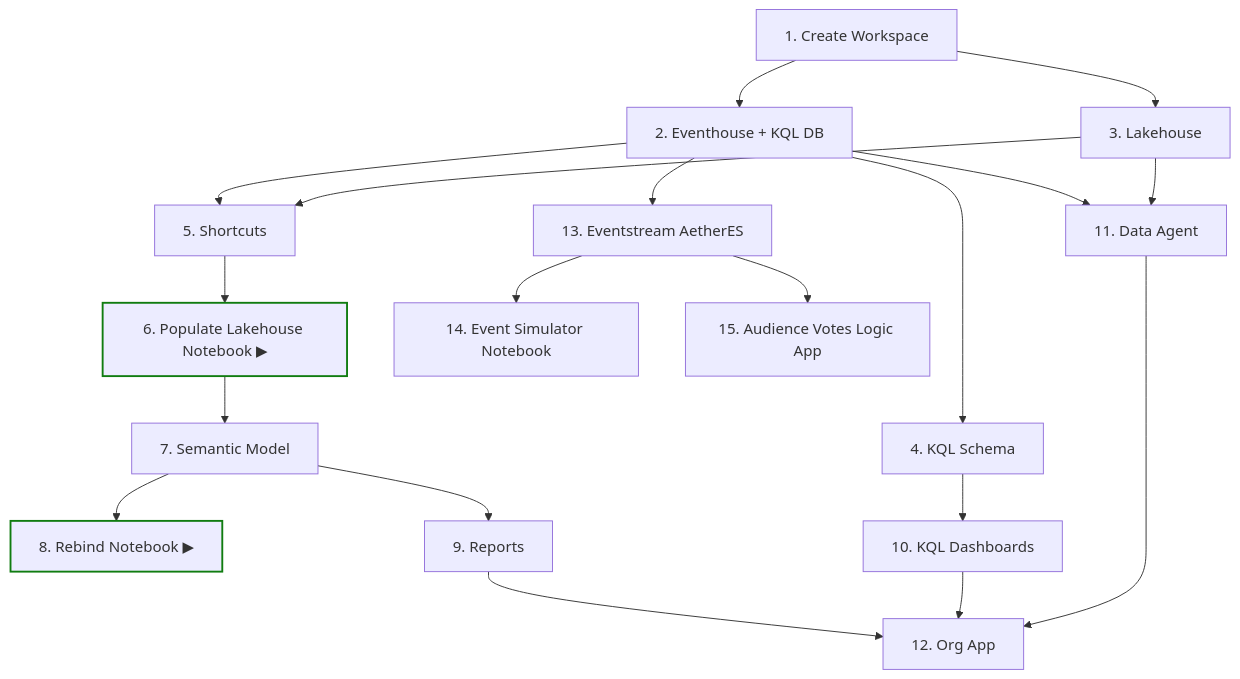
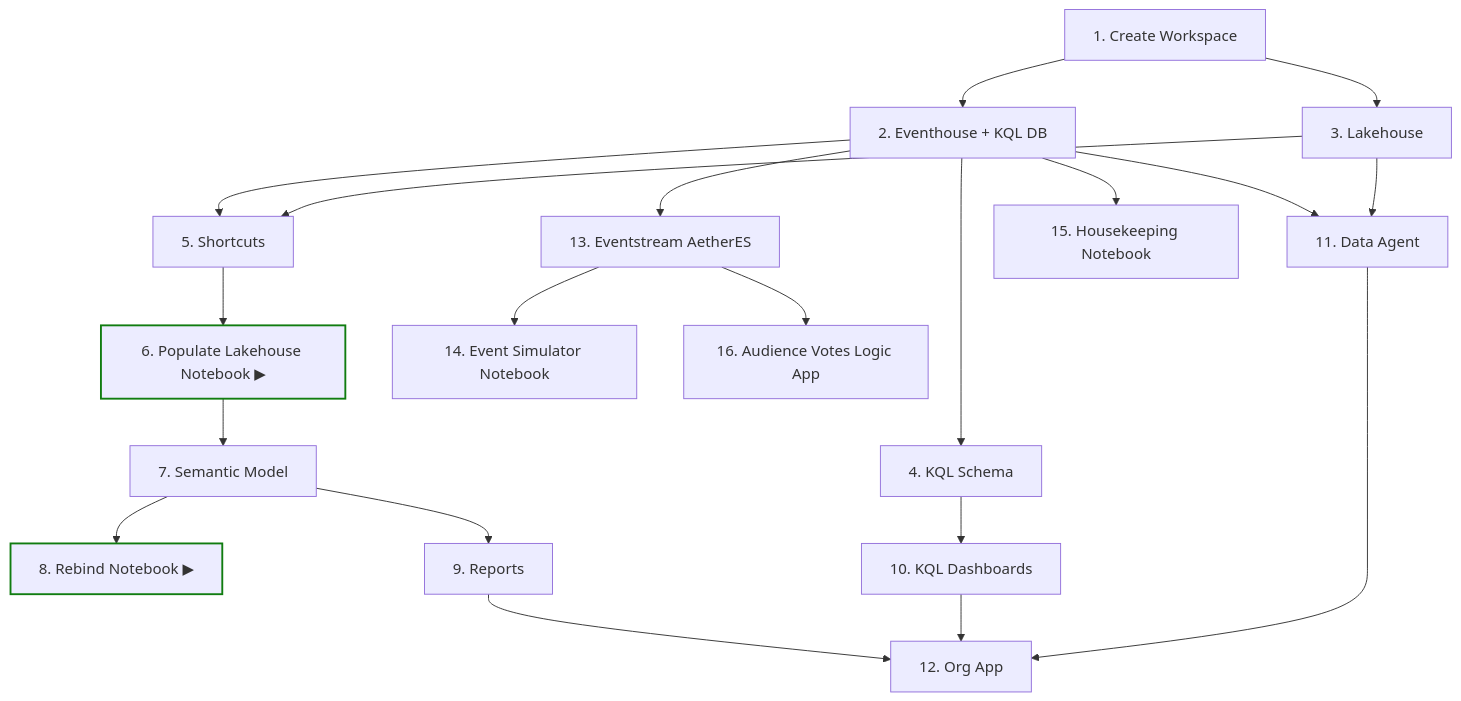
Before and after one commit to MitchSS/FabricMystery: the second of 2 diagrams in README.md, drawn with Mermaid. The commit also changed other lines of this file and 2 other files, not shown here.

Commit message:
Add Housekeeping notebook to reset Votes table between shows

````diff
--- a/README.md
+++ b/README.md
@@ -193,24 +200,25 @@
 ```mermaid
 flowchart TD
     A[1. Create Workspace] --> B[2. Eventhouse + KQL DB]
     A --> C[3. Lakehouse]
     B --> D[4. KQL Schema]
     B --> E[5. Shortcuts]
     C --> E
     E --> F[6. Populate Lakehouse Notebook ▶]
     F --> G[7. Semantic Model]
     G --> H[8. Rebind Notebook ▶]
     G --> I[9. Reports]
     D --> J[10. KQL Dashboards]
     B --> K[11. Data Agent]
     C --> K
     I --> L[12. Org App]
     J --> L
     K --> L
     B --> ES2[13. Eventstream AetherES]
     ES2 --> M[14. Event Simulator Notebook]
-    ES2 --> N[15. Audience Votes Logic App]
+    B --> HK[15. Housekeeping Notebook]
+    ES2 --> N[16. Audience Votes Logic App]
 
     style F stroke:#107C10,stroke-width:2px
     style H stroke:#107C10,stroke-width:2px
 ```
````
